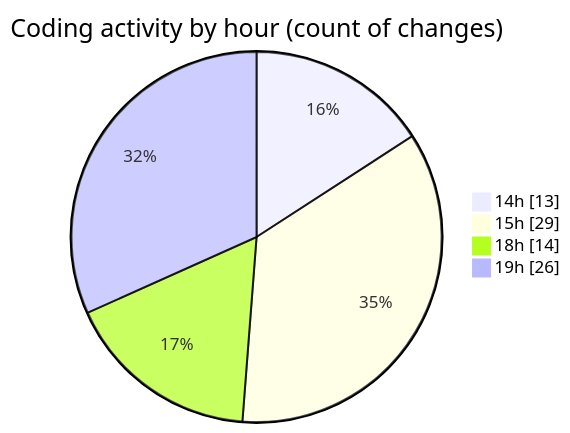
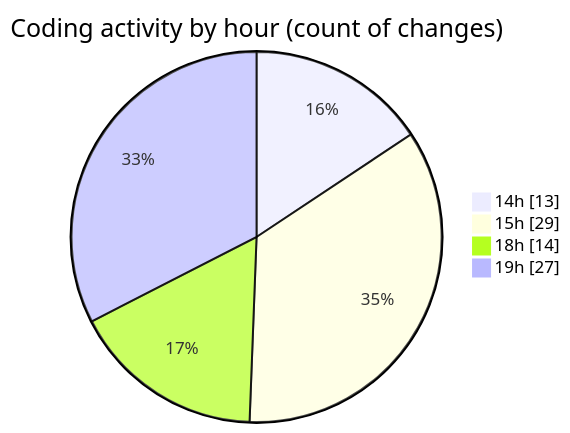
Before and after one commit to Ritupan-Deka/code-tracking: the second of 2 diagrams in 2025-06-23/scopecraft/README.md, drawn with Mermaid. The commit also changed other lines of this file and 1 other file, not shown here.

````diff
--- a/2025-06-23/scopecraft/README.md
+++ b/2025-06-23/scopecraft/README.md
@@ -49,8 +49,8 @@
 ```mermaid
 pie showData
 title Coding activity by hour (count of changes)
 "14h" : 13
 "15h" : 29
 "18h" : 14
-"19h" : 26
+"19h" : 27
 ```
````
